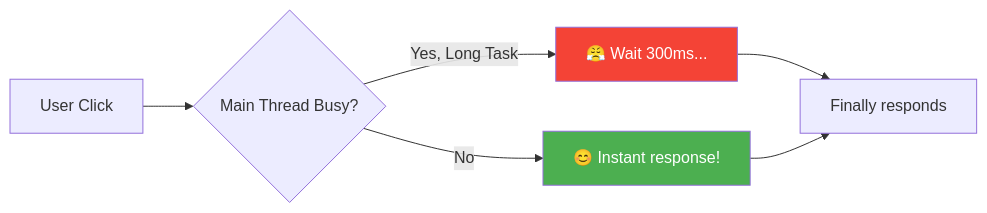
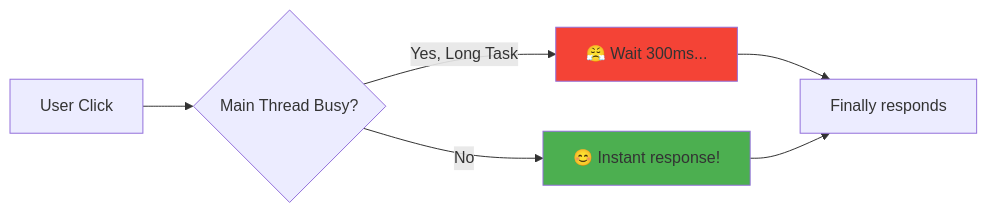
One commit to Anuhyaaa/web-optimization changed diagram 27 of 35 in readme.md. Above: the diagram before and after it, drawn with Mermaid. The commit also changed other lines of this file and 1 other file, not shown here.

Commit message:
Fix Mermaid diagram text visibility by removing invalid color:white syntax

````diff
--- a/readme.md
+++ b/readme.md
@@ -2518,11 +2518,11 @@
 ```mermaid
 graph LR
     A[User Click] --> B{Main Thread Busy?}
     B -->|Yes, Long Task| C[😤 Wait 300ms...]
     B -->|No| D[😊 Instant response!]
     C --> E[Finally responds]
     D --> E
     
-    style C fill:#F44336,color:white
-    style D fill:#4CAF50,color:white
+    style C fill:#F44336
+    style D fill:#4CAF50
 ```
````
